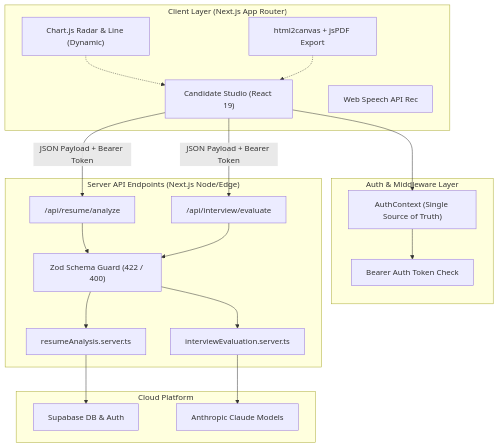
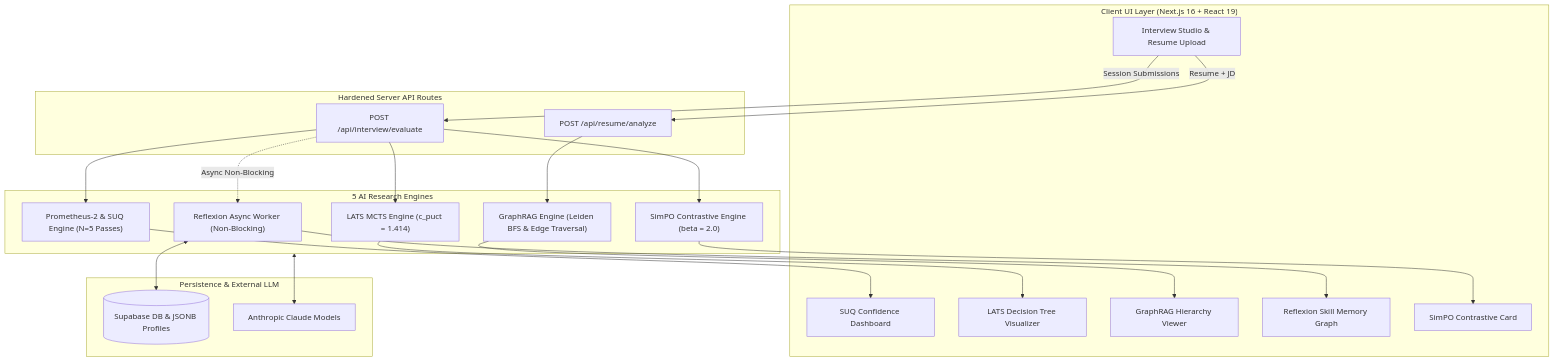
One commit to sylbornfurtado19/Skillo changed the diagram in README.md. Above: the diagram before and after it, drawn with Mermaid. The commit also changed other lines of this file, not shown here.

Commit message:
docs(readme): sensational overhaul showcasing 5 AI research engines, LaTeX math formulas, and system flowcharts

````diff
--- a/README.md
+++ b/README.md
@@ -44,36 +93,48 @@
 ```mermaid
 flowchart TD
-    subgraph Client ["Client Layer (Next.js App Router)"]
-        UI["Candidate Studio (React 19)"]
-        Voice["Web Speech API Rec"]
-        Chart["Chart.js Radar & Line (Dynamic)"]
-        Pdf["html2canvas + jsPDF Export"]
+    subgraph Client ["Client UI Layer (Next.js 16 + React 19)"]
+        UI["Interview Studio & Resume Upload"]
+        SUQDash["SUQ Confidence Dashboard"]
+        LATSHud["LATS Decision Tree Visualizer"]
+        GraphDash["GraphRAG Hierarchy Viewer"]
+        MemGraph["Reflexion Skill Memory Graph"]
+        SimPOCard["SimPO Contrastive Card"]
     end
 
-    subgraph Middleware ["Auth & Middleware Layer"]
-        Bearer["Bearer Auth Token Check"]
-        AuthContext["AuthContext (Single Source of Truth)"]
+    subgraph API ["Hardened Server API Routes"]
+        EvalRoute["POST /api/interview/evaluate"]
+        ResumeRoute["POST /api/resume/analyze"]
     end
 
-    subgraph Server ["Server API Endpoints (Next.js Node/Edge)"]
-        ResumeAPI["/api/resume/analyze"]
-        EvalAPI["/api/interview/evaluate"]
-        ZodVal["Zod Schema Guard (422 / 400)"]
-        ResumeService["resumeAnalysis.server.ts"]
-        EvalService["interviewEvaluation.server.ts"]
+    subgraph Engines ["5 AI Research Engines"]
+        Prometheus["Prometheus-2 & SUQ Engine (N=5 Passes)"]
+        LATS["LATS MCTS Engine (c_puct = 1.414)"]
+        GraphRAG["GraphRAG Engine (Leiden BFS & Edge Traversal)"]
+        Reflexion["Reflexion Async Worker (Non-Blocking)"]
+        SimPO["SimPO Contrastive Engine (beta = 2.0)"]
     end
 
-    subgraph Cloud ["Cloud Platform"]
-        Supabase["Supabase DB & Auth"]
+    subgraph Data ["Persistence & External LLM"]
+        Supabase[("Supabase DB & JSONB Profiles")]
         Anthropic["Anthropic Claude Models"]
     end
 
-    UI --> AuthContext
-    AuthContext --> Bearer
-    UI -->|JSON Payload + Bearer Token| ResumeAPI
-    UI -->|JSON Payload + Bearer Token| EvalAPI
-    ResumeAPI --> ZodVal --> ResumeService --> Supabase
-    EvalAPI --> ZodVal --> EvalService --> Anthropic
-    Chart -.-> UI
-    Pdf -.-> UI
+    UI -->|Session Submissions| EvalRoute
+    UI -->|Resume + JD| ResumeRoute
+    
+    EvalRoute --> Prometheus
+    EvalRoute --> LATS
+    EvalRoute --> SimPO
+    EvalRoute -.->|Async Non-Blocking| Reflexion
+    
+    ResumeRoute --> GraphRAG
+
+    Prometheus --> SUQDash
+    LATS --> LATSHud
+    GraphRAG --> GraphDash
+    Reflexion --> MemGraph
+    SimPO --> SimPOCard
+
+    Reflexion <--> Supabase
+    Engines <--> Anthropic
 ```
````
